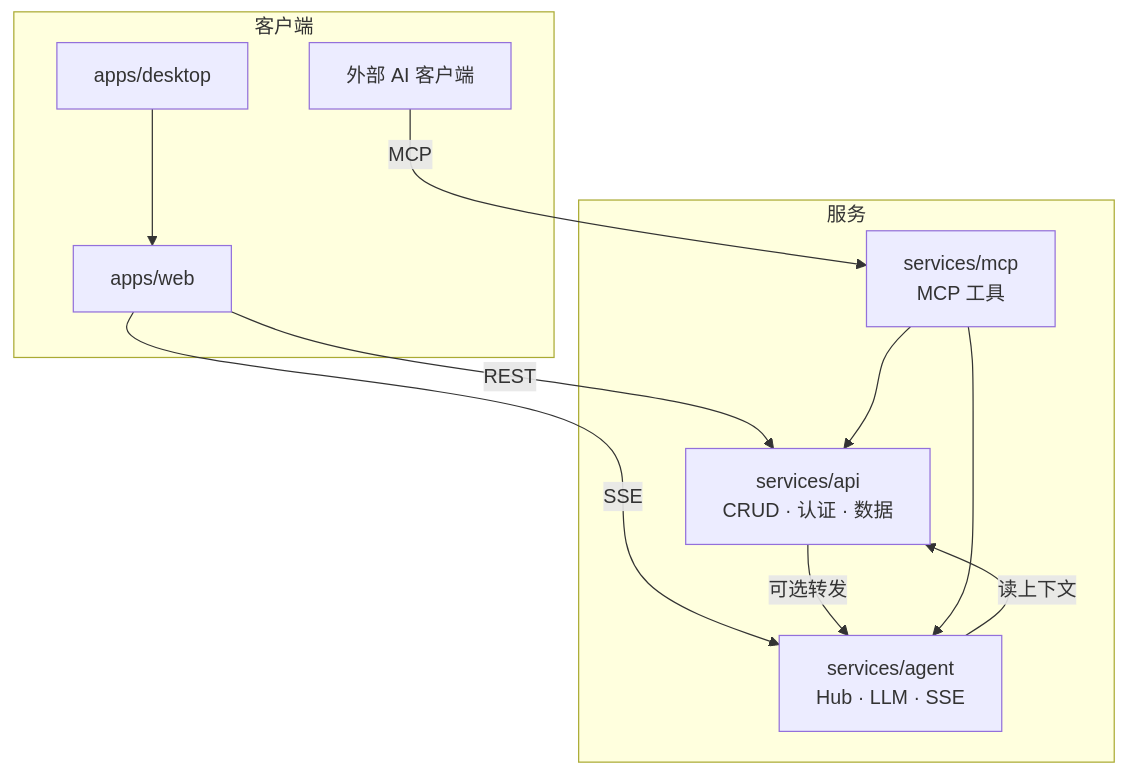
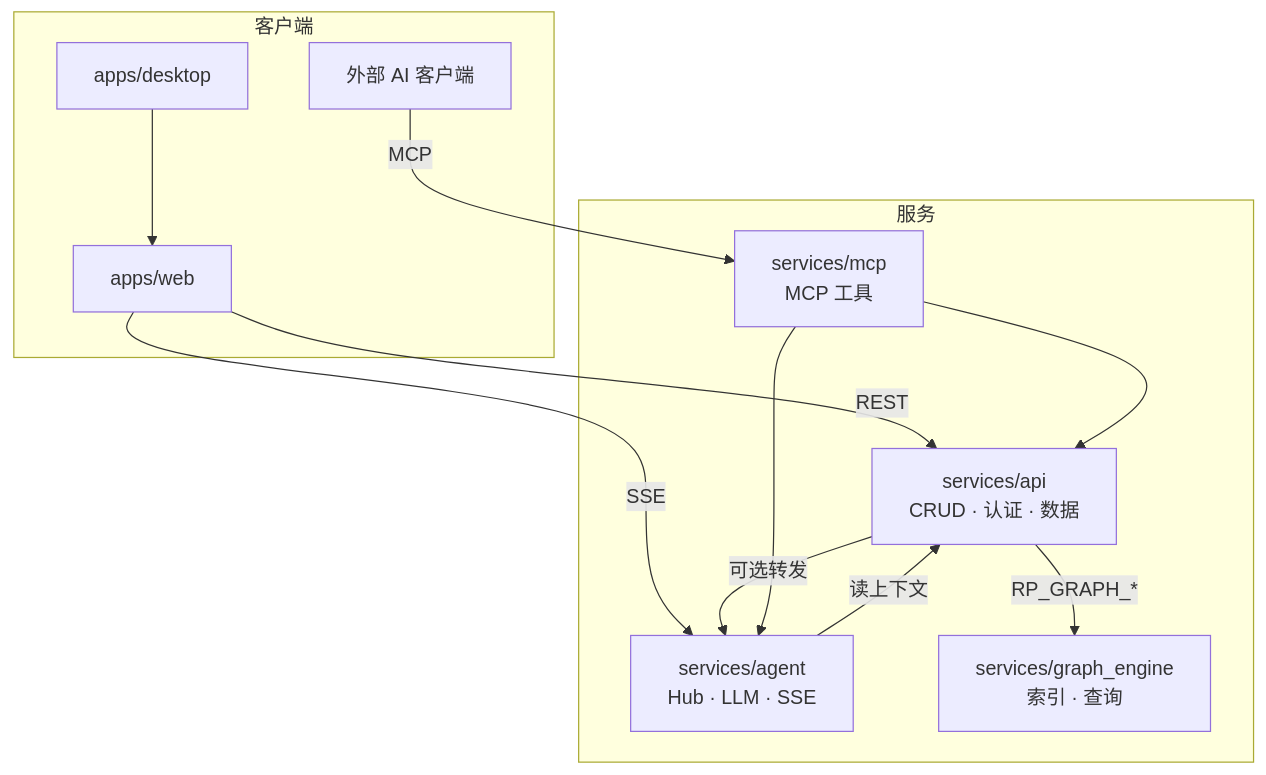
Before and after one commit to daftpunkwav/repo-pilot: the diagram in docs/architecture/OVERVIEW.md, drawn with Mermaid. The commit also changed other lines of this file and 244 other files, not shown here.

````diff
--- a/docs/architecture/OVERVIEW.md
+++ b/docs/architecture/OVERVIEW.md
@@ -24,23 +24,25 @@
 ```mermaid
 flowchart TB
     subgraph clients["客户端"]
         WEB["apps/web"]
         DESK["apps/desktop"]
         EXT["外部 AI 客户端"]
     end
 
     subgraph services["服务"]
         API["services/api<br/>CRUD · 认证 · 数据"]
         AGENT["services/agent<br/>Hub · LLM · SSE"]
+        GRAPH["services/graph_engine<br/>索引 · 查询"]
         MCP["services/mcp<br/>MCP 工具"]
     end
 
     WEB -->|REST| API
     WEB -->|SSE| AGENT
     DESK --> WEB
     API -->|可选转发| AGENT
+    API -->|"RP_GRAPH_*"| GRAPH
     AGENT -->|读上下文| API
     EXT -->|MCP| MCP
     MCP --> API
     MCP --> AGENT
 ```
````
